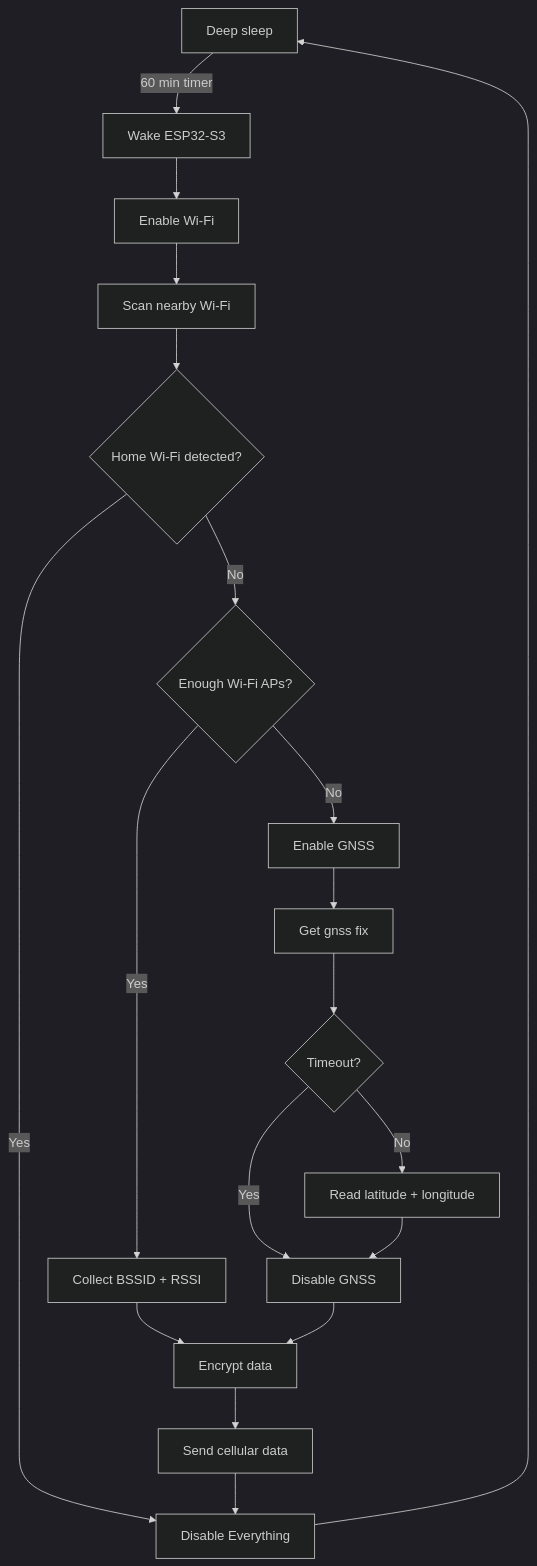
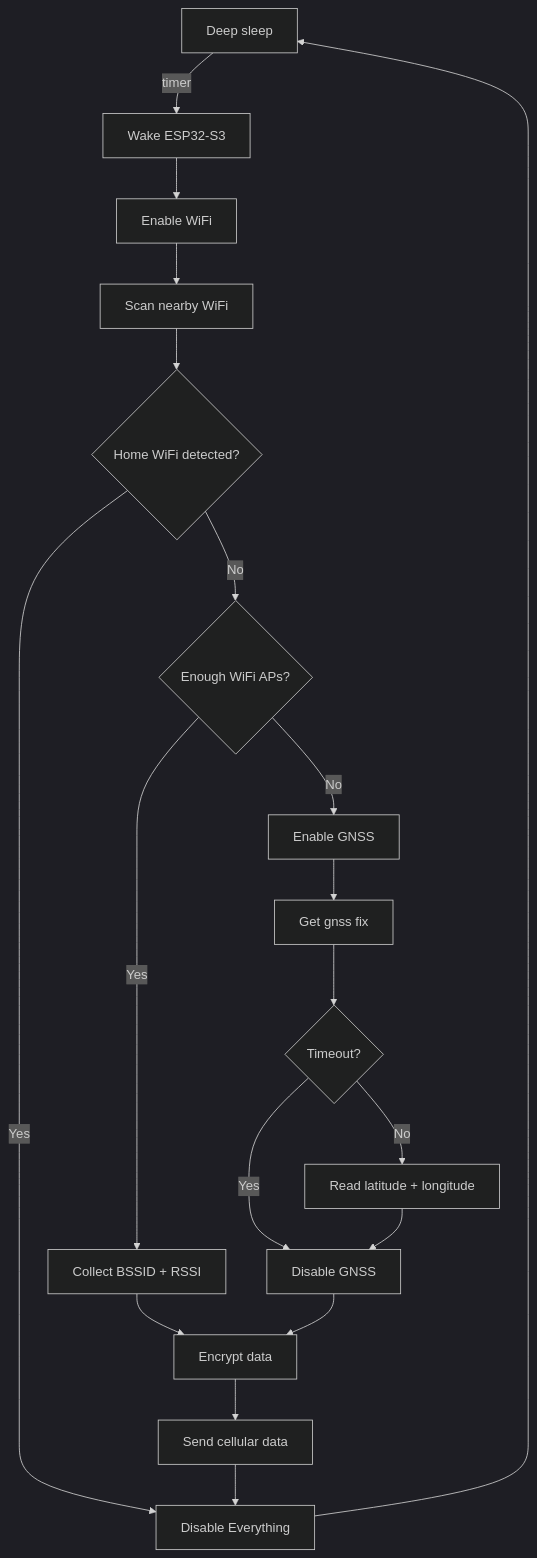
One commit to marph91/marphs-tracker changed the diagram in docs/software.md. Above: the diagram before and after it, drawn with Mermaid (dark theme). The commit also changed 9 other files, not shown here.

````diff
--- a/docs/software.md
+++ b/docs/software.md
@@ -5,27 +5,27 @@
 ```mermaid
 flowchart TD
-    sleep -->|"60 min timer"| wake["Wake ESP32-S3"]
+    sleep -->|"timer"| wake["Wake ESP32-S3"]
 
-    wake --> enable_wifi["Enable Wi-Fi"]
-    enable_wifi --> scan_wifi["Scan nearby Wi-Fi"]
+    wake --> enable_wifi["Enable WiFi"]
+    enable_wifi --> scan_wifi["Scan nearby WiFi"]
 
-    scan_wifi --> E{"Home Wi-Fi detected?"}
+    scan_wifi --> E{"Home WiFi detected?"}
 
     E -->|"Yes"| disable["Disable Everything"]
     disable --> sleep["Deep sleep"]
 
-    E -->|"No"| H{"Enough Wi-Fi APs?"}
+    E -->|"No"| H{"Enough WiFi APs?"}
 
     H -->|"Yes"| I["Collect BSSID + RSSI"]
     I --> encrypt[Encrypt data]
     encrypt --> send["Send cellular data"]
     send --> disable
 
     H -->|"No"| L["Enable GNSS"]
     L --> get_gnss_fix["Get gnss fix"]
     get_gnss_fix --> gnss_timeout{"Timeout?"}
     gnss_timeout -->|"No"| read_gnss_data["Read latitude + longitude"]
     gnss_timeout -->|"Yes"| disable_gnss
     read_gnss_data --> disable_gnss["Disable GNSS"]
     disable_gnss --> encrypt
 ```
````
